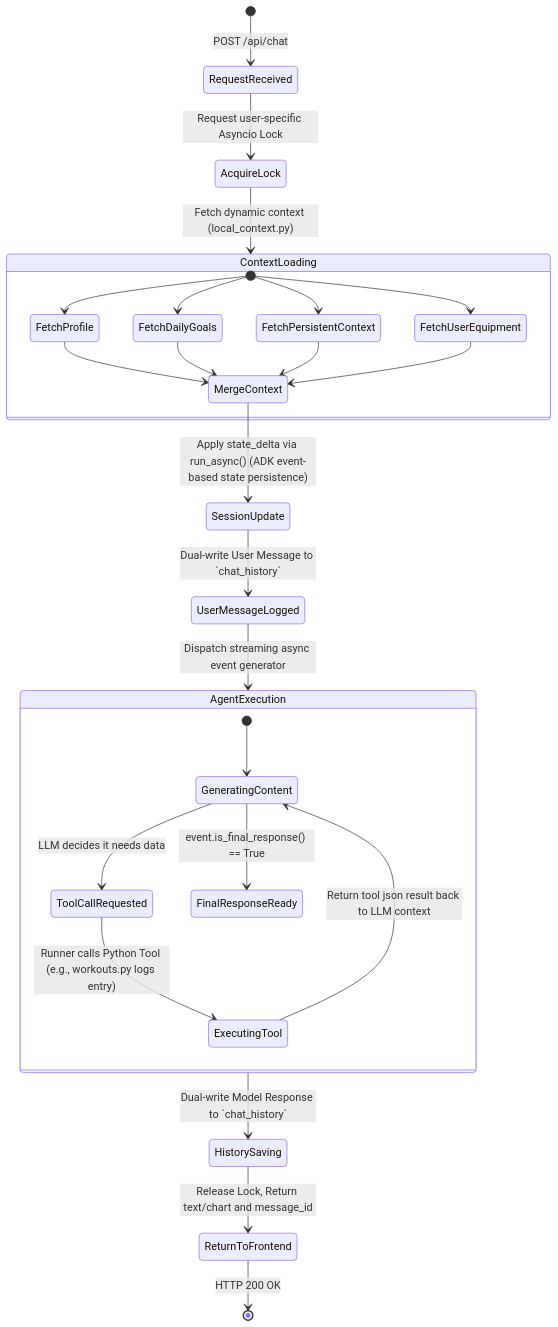
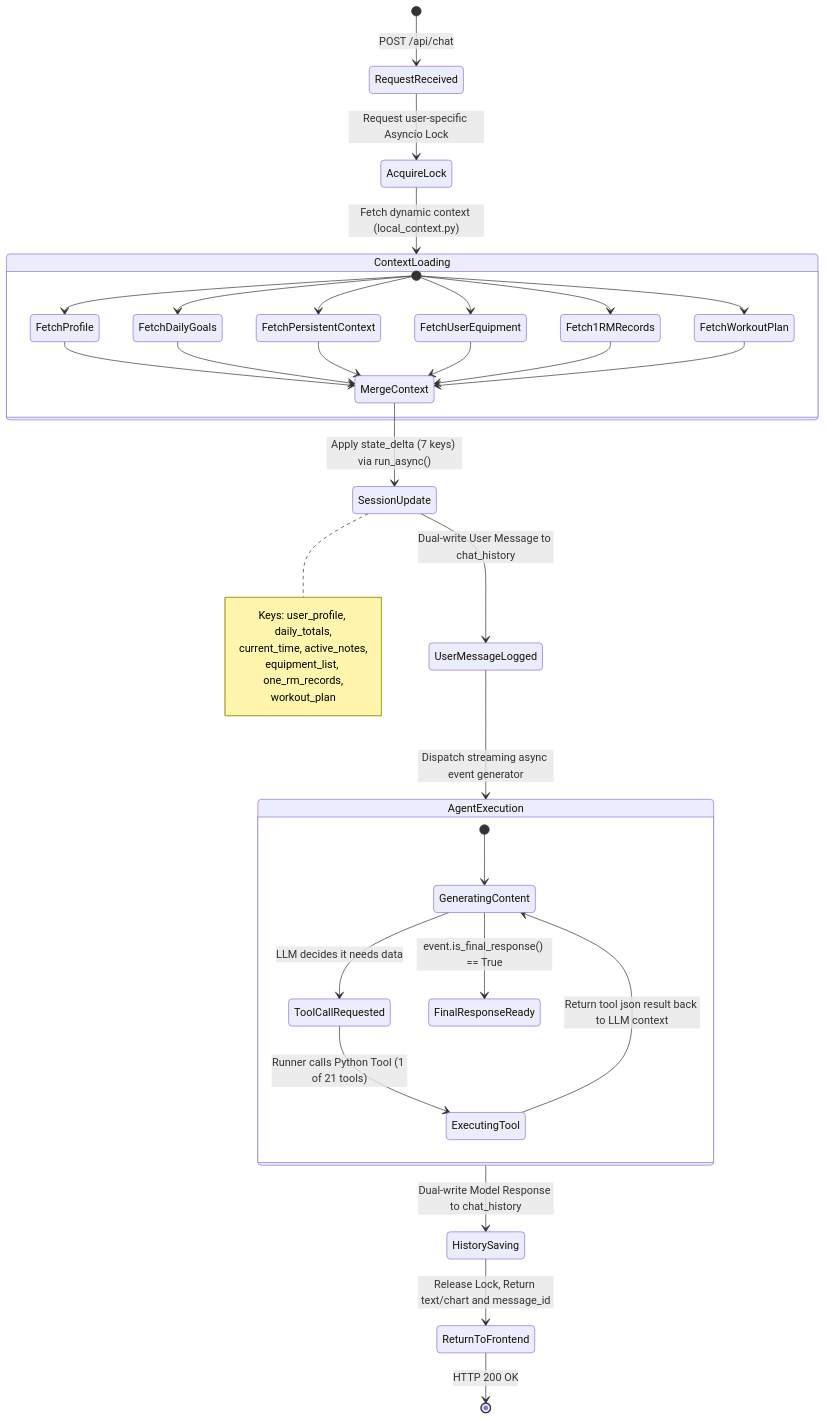
One commit to zi-crypto/nutrisync changed the third of 11 diagrams in system_docs/state_diagrams.md. Above: the diagram before and after it, drawn with Mermaid. The commit also changed other lines of this file and 2 other files, not shown here.

````diff
--- a/system_docs/state_diagrams.md
+++ b/system_docs/state_diagrams.md
@@ -87,36 +87,48 @@
 ```mermaid
 stateDiagram-v2
   [*] --> RequestReceived : POST /api/chat
 
   RequestReceived --> AcquireLock : Request user-specific Asyncio Lock
   AcquireLock --> ContextLoading : Fetch dynamic context (local_context.py)
   
   state ContextLoading {
      [*] --> FetchProfile
      [*] --> FetchDailyGoals
      [*] --> FetchPersistentContext
      [*] --> FetchUserEquipment
+     [*] --> Fetch1RMRecords
+     [*] --> FetchWorkoutPlan
      FetchProfile --> MergeContext
      FetchDailyGoals --> MergeContext
      FetchPersistentContext --> MergeContext
      FetchUserEquipment --> MergeContext
+     Fetch1RMRecords --> MergeContext
+     FetchWorkoutPlan --> MergeContext
   }
   
-  MergeContext --> SessionUpdate : Apply state_delta via run_async() (ADK event-based state persistence)
-  SessionUpdate --> UserMessageLogged : Dual-write User Message to `chat_history`
+  MergeContext --> SessionUpdate : Apply state_delta (7 keys) via run_async()
+  
+  note right of SessionUpdate
+    Keys: user_profile, daily_totals,
+    current_time, active_notes,
+    equipment_list, one_rm_records,
+    workout_plan
+  end note
+  
+  SessionUpdate --> UserMessageLogged : Dual-write User Message to chat_history
   
   UserMessageLogged --> AgentExecution : Dispatch streaming async event generator
   
   state AgentExecution {
     [*] --> GeneratingContent
     GeneratingContent --> ToolCallRequested : LLM decides it needs data
-    ToolCallRequested --> ExecutingTool : Runner calls Python Tool (e.g., workouts.py logs entry)
+    ToolCallRequested --> ExecutingTool : Runner calls Python Tool (1 of 21 tools)
     ExecutingTool --> GeneratingContent : Return tool json result back to LLM context
     GeneratingContent --> FinalResponseReady : event.is_final_response() == True
   }
 
-  AgentExecution --> HistorySaving : Dual-write Model Response to `chat_history`
+  AgentExecution --> HistorySaving : Dual-write Model Response to chat_history
   
   HistorySaving --> ReturnToFrontend : Release Lock, Return text/chart and message_id
   ReturnToFrontend --> [*] : HTTP 200 OK
 ```
````
